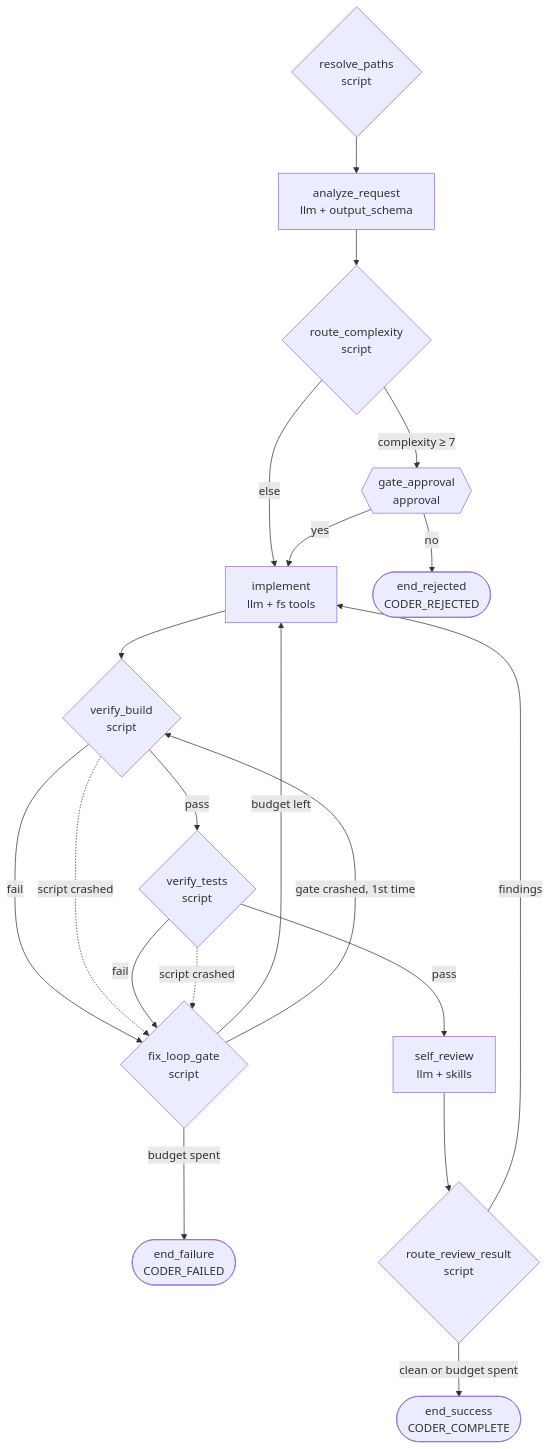
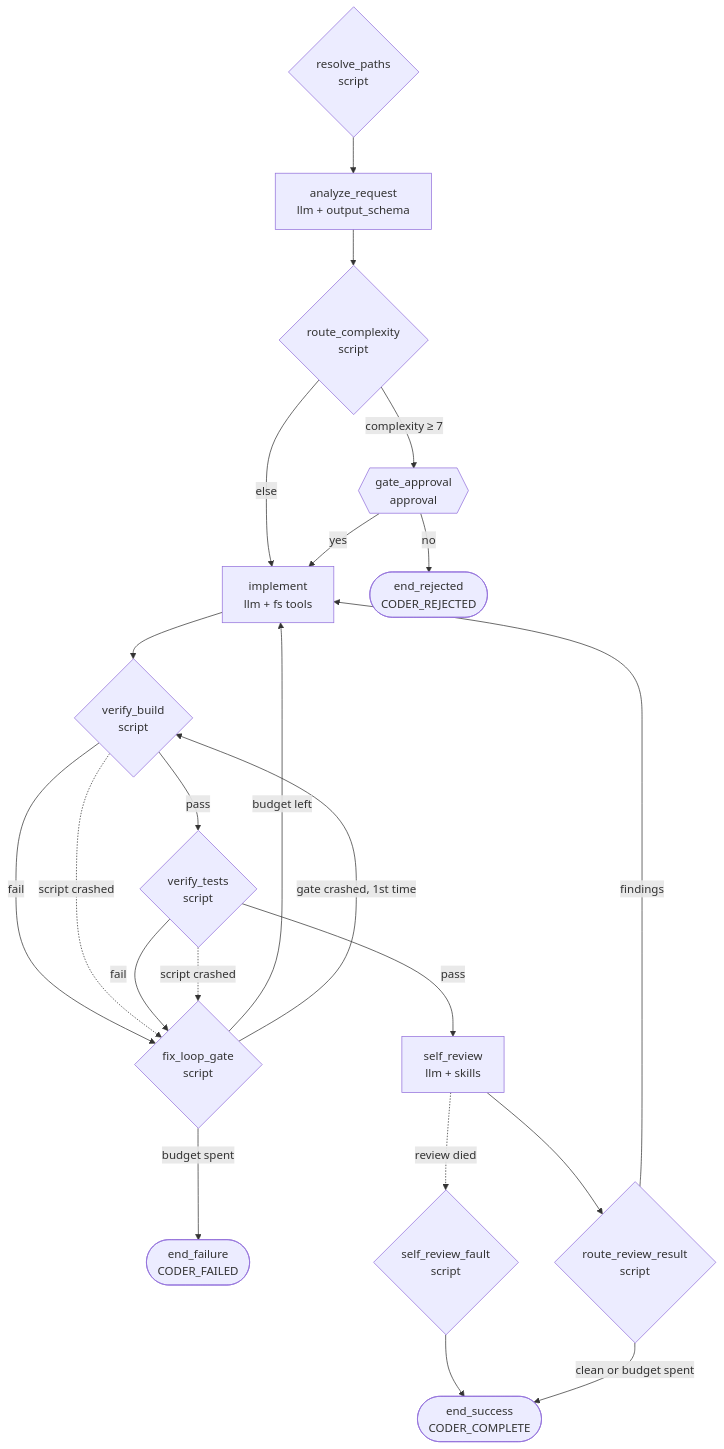
Before and after one commit to Dark-Alex-17/coyote: the diagram in assets/agents/coder/README.md, drawn with Mermaid. The commit also changed other lines of this file and 45 other files, not shown here.

````diff
--- a/assets/agents/coder/README.md
+++ b/assets/agents/coder/README.md
@@ -13,32 +13,34 @@
 ```mermaid
 flowchart TD
     resolve_paths{"resolve_paths<br/>script"} --> analyze_request
     analyze_request["analyze_request<br/>llm + output_schema"] --> route_complexity
     route_complexity{"route_complexity<br/>script"}
     route_complexity -->|"complexity ≥ 7"| gate_approval
     route_complexity -->|else| implement
     gate_approval{{"gate_approval<br/>approval"}}
     gate_approval -->|yes| implement
     gate_approval -->|no| end_rejected
     implement["implement<br/>llm + fs tools"] --> verify_build
     verify_build{"verify_build<br/>script"}
     verify_build -->|pass| verify_tests
     verify_build -->|fail| fix_loop_gate
     verify_build -. "script crashed" .-> fix_loop_gate
     verify_tests{"verify_tests<br/>script"}
     verify_tests -->|pass| self_review
     verify_tests -->|fail| fix_loop_gate
     verify_tests -. "script crashed" .-> fix_loop_gate
     fix_loop_gate{"fix_loop_gate<br/>script"}
     fix_loop_gate -->|"budget left"| implement
     fix_loop_gate -->|"budget spent"| end_failure
     fix_loop_gate -->|"gate crashed, 1st time"| verify_build
     self_review["self_review<br/>llm + skills"] --> route_review_result
+    self_review -. "review died" .-> self_review_fault
+    self_review_fault{"self_review_fault<br/>script"} --> end_success
     route_review_result{"route_review_result<br/>script"}
     route_review_result -->|"clean or budget spent"| end_success
     route_review_result -->|findings| implement
 
     end_success(["end_success<br/>CODER_COMPLETE"])
     end_rejected(["end_rejected<br/>CODER_REJECTED"])
     end_failure(["end_failure<br/>CODER_FAILED"])
 ```
````
